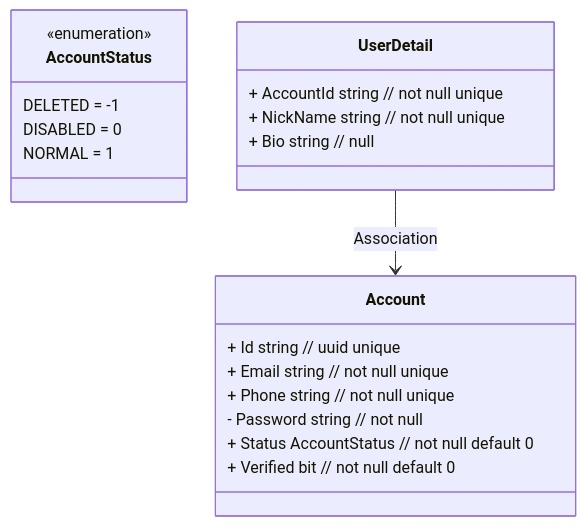
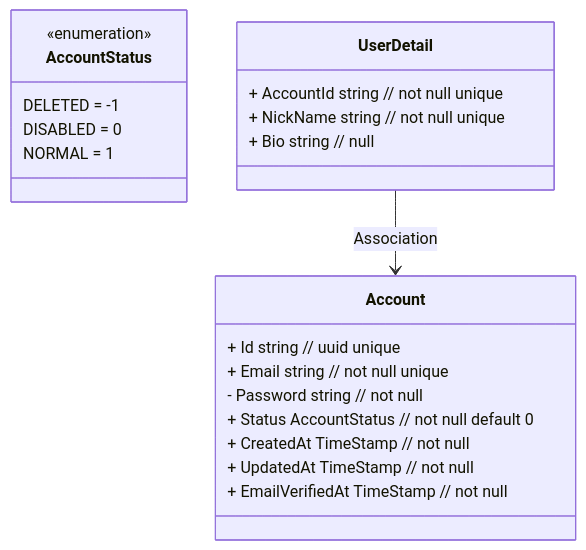
Before and after one commit to rushairer/sso: the diagram in docs/帐户体系/帐户模型.md, drawn with Mermaid. The commit also changed 9 other files, not shown here.

````diff
--- a/docs/帐户体系/帐户模型.md
+++ b/docs/帐户体系/帐户模型.md
@@ -3,25 +3,26 @@
 ```mermaid
 classDiagram
     class Account {
         + Id string // uuid unique
         + Email string // not null unique
-        + Phone string // not null unique
         - Password string // not null
         + Status AccountStatus // not null default 0
-        + Verified bit // not null default 0
+        + CreatedAt TimeStamp // not null
+        + UpdatedAt TimeStamp // not null
+        + EmailVerifiedAt TimeStamp // not null
     }
     class AccountStatus{
         <<enumeration>>
         DELETED = -1
         DISABLED = 0
         NORMAL = 1
     }
     class UserDetail {
         + AccountId string // not null unique
         + NickName string // not null unique
         + Bio string // null
     }
 
     UserDetail --> Account : Association
 
 ```
````
